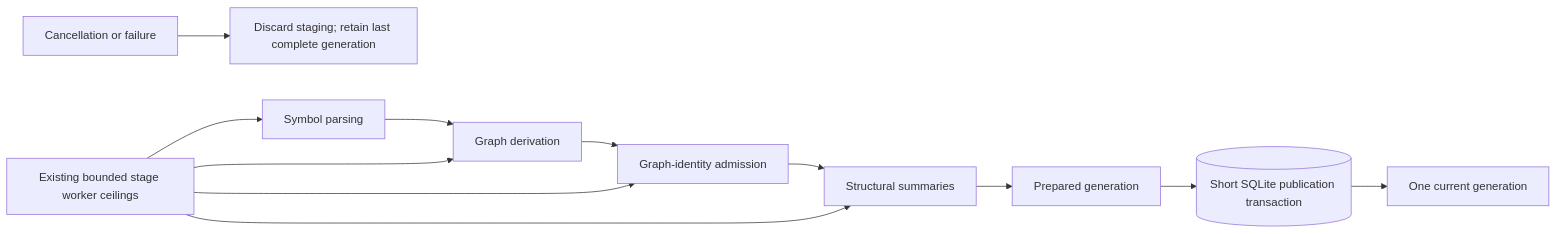
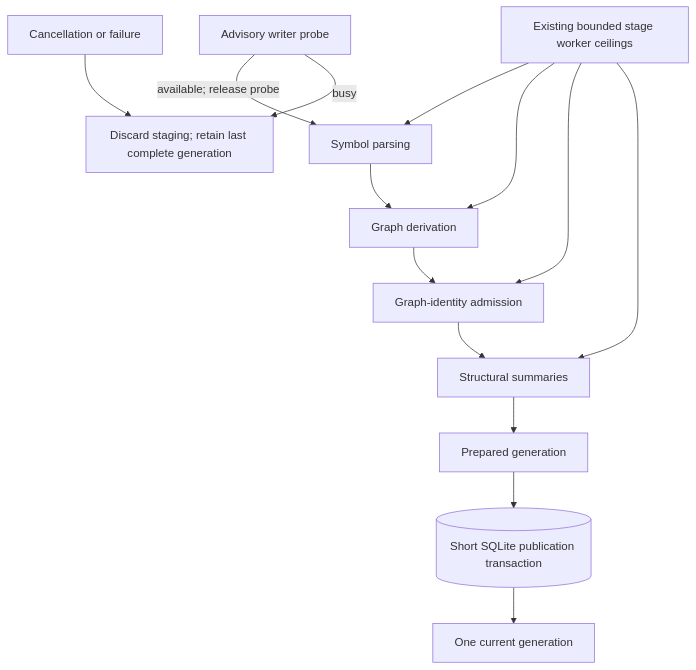
The fifth of 28 diagrams in docs/v050-release-architecture.md (styler-ai/ProjectAtlas), drawn with Mermaid before and after one commit. The commit also changed other lines of this file and 4 other files, not shown here.

````diff
--- a/docs/v050-release-architecture.md
+++ b/docs/v050-release-architecture.md
@@ -84,14 +84,16 @@
 ```mermaid
-flowchart LR
+flowchart TB
+    probe[Advisory writer probe] -->|available; release probe| parse
+    probe -->|busy| cleanup
     budget[Existing bounded stage worker ceilings] --> parse[Symbol parsing]
     budget --> derive[Graph derivation]
     budget --> admission[Graph-identity admission]
     budget --> summaries[Structural summaries]
     parse --> derive
     derive --> admission
     admission --> summaries
     summaries --> staged[Prepared generation]
     staged --> tx[(Short SQLite publication transaction)]
     tx --> current[One current generation]
     cancel[Cancellation or failure] --> cleanup[Discard staging; retain last complete generation]
 ```
````
